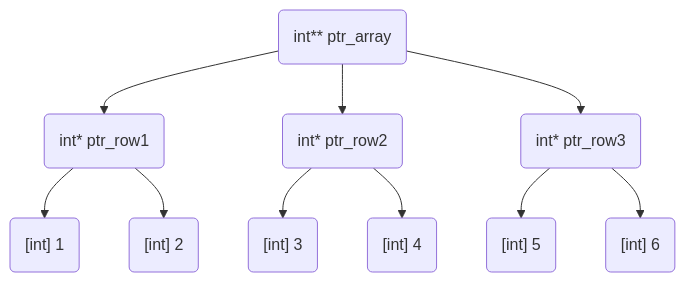
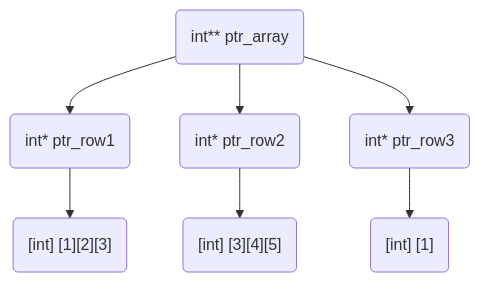
The first of 3 diagrams in ModolarProgramming/Fifth_lesson_DynamicAlloc/visualiztion.md (YanivGabay/cs-lectures-by-yaniv-gabay), drawn with Mermaid before and after one commit. The commit also changed other lines of this file and 9 other files, not shown here.

Commit message:
updated the graph

````diff
--- a/ModolarProgramming/Fifth_lesson_DynamicAlloc/visualiztion.md
+++ b/ModolarProgramming/Fifth_lesson_DynamicAlloc/visualiztion.md
@@ -3,13 +3,13 @@
 ```mermaid
 graph TD;
     intPtrArray("int** ptr_array") --> ptrRow1("int* ptr_row1")
     intPtrArray --> ptrRow2("int* ptr_row2")
     intPtrArray --> ptrRow3("int* ptr_row3")
-    ptrRow1 --> int1("[int] 1")
-    ptrRow1 --> int2("[int] 2")
-    ptrRow2 --> int3("[int] 3")
-    ptrRow2 --> int4("[int] 4")
-    ptrRow3 --> int5("[int] 5")
-    ptrRow3 --> int6("[int] 6")
+    ptrRow1 --> int1("[int] [1][2][3]")
+    
+    ptrRow2 --> int3("[int] [3][4][5]")
+  
+    ptrRow3 --> int5("[int] [1]")
+   
 
 ```
````
